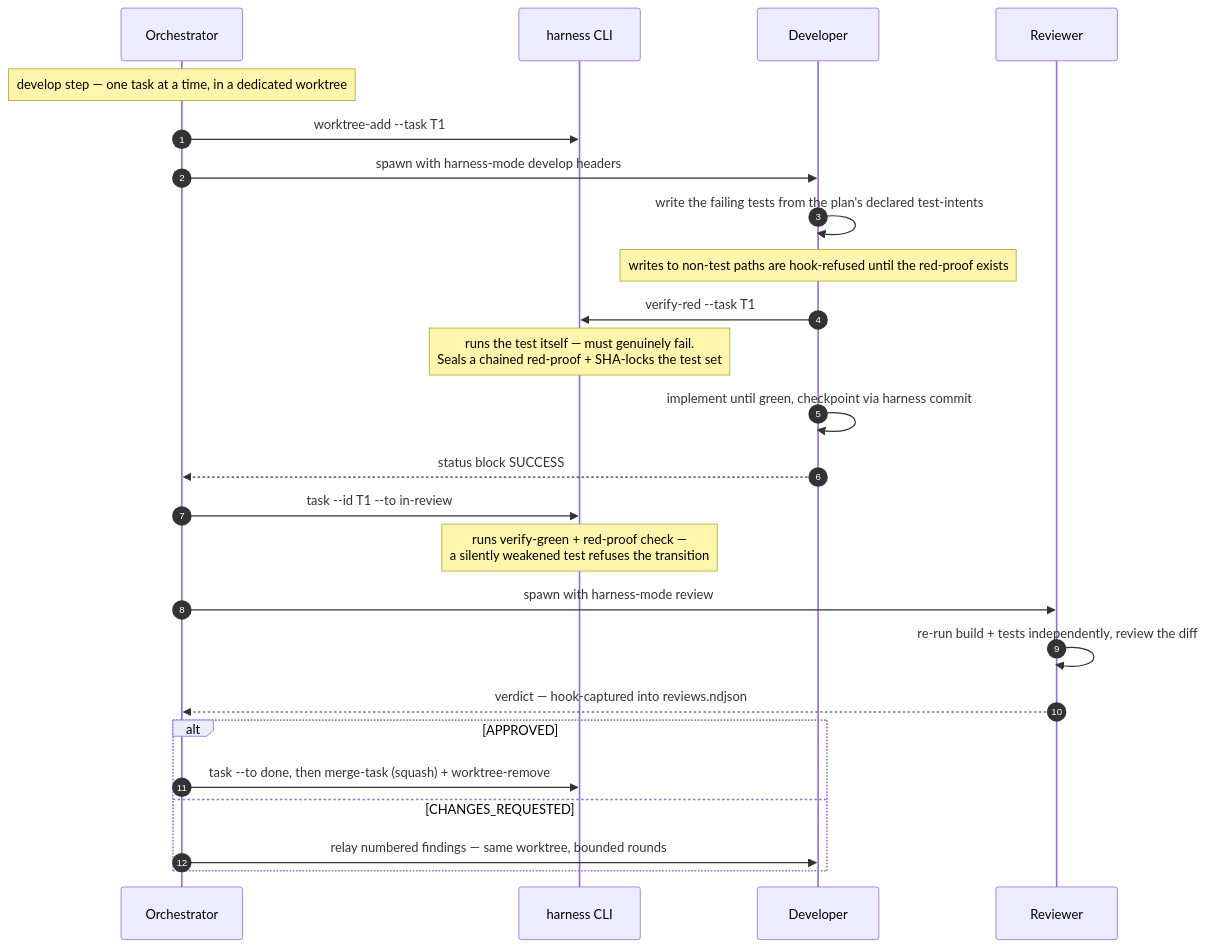
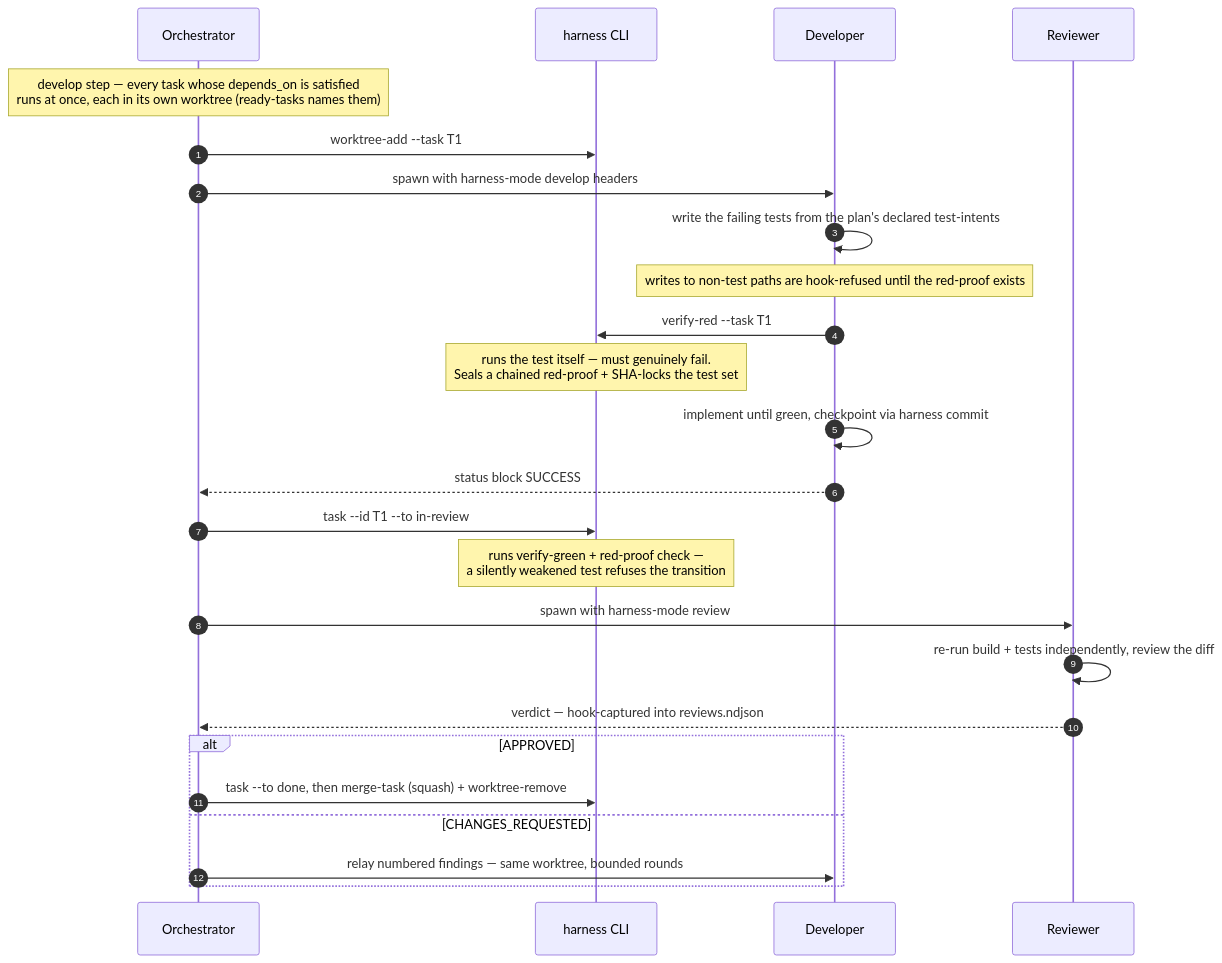
One commit to MostAshraf/ai-sdlc-harness changed the second of 2 diagrams in README.md. Above: the diagram before and after it, drawn with Mermaid. The commit also changed other lines of this file and 28 other files, not shown here.

````diff
--- a/README.md
+++ b/README.md
@@ -183,28 +183,28 @@
 ```mermaid
 sequenceDiagram
     autonumber
     participant O as Orchestrator
     participant C as harness CLI
     participant D as Developer
     participant R as Reviewer
 
-    Note over O: develop step — one task at a time, in a dedicated worktree
+    Note over O: develop step — every task whose depends_on is satisfied<br/>runs at once, each in its own worktree (ready-tasks names them)
     O->>C: worktree-add --task T1
     O->>D: spawn with harness-mode develop headers
     D->>D: write the failing tests from the plan's declared test-intents
     Note over D: writes to non-test paths are hook-refused until the red-proof exists
     D->>C: verify-red --task T1
     Note over C: runs the test itself — must genuinely fail.<br/>Seals a chained red-proof + SHA-locks the test set
     D->>D: implement until green, checkpoint via harness commit
     D-->>O: status block SUCCESS
     O->>C: task --id T1 --to in-review
     Note over C: runs verify-green + red-proof check —<br/>a silently weakened test refuses the transition
     O->>R: spawn with harness-mode review
     R->>R: re-run build + tests independently, review the diff
     R-->>O: verdict — hook-captured into reviews.ndjson
     alt APPROVED
         O->>C: task --to done, then merge-task (squash) + worktree-remove
     else CHANGES_REQUESTED
         O->>D: relay numbered findings — same worktree, bounded rounds
     end
 ```
````
